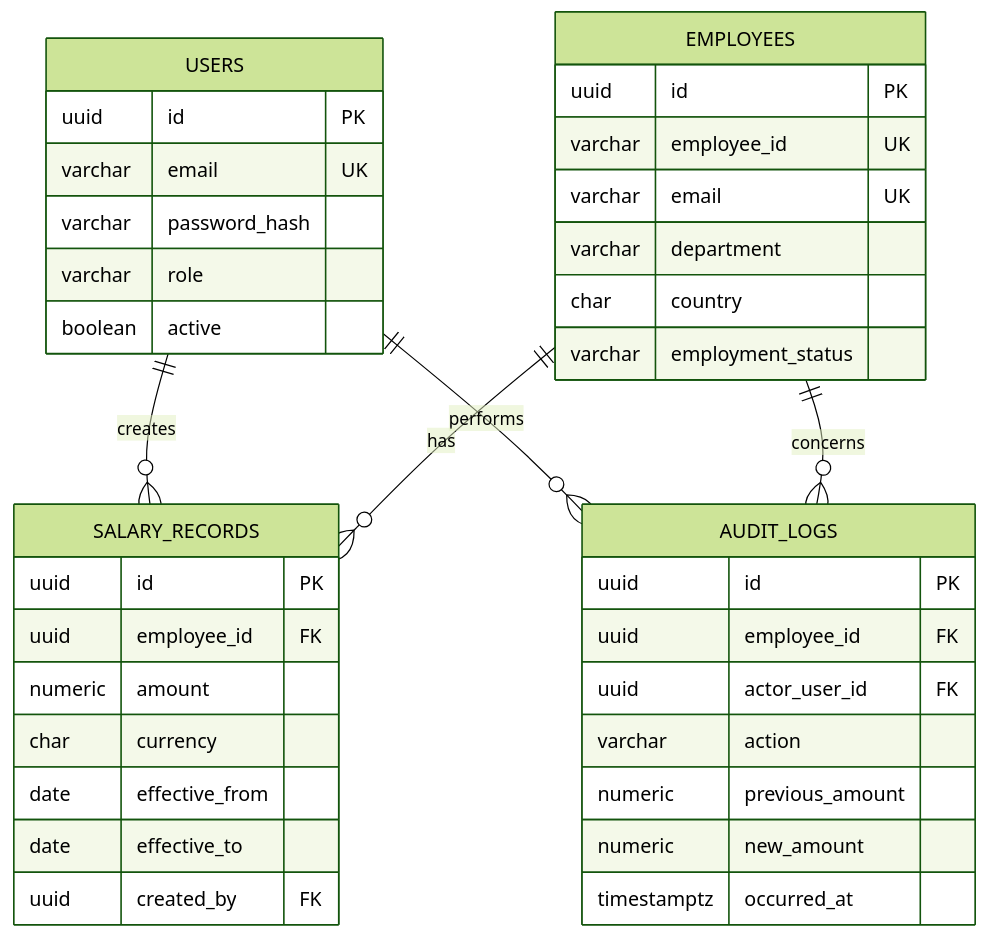
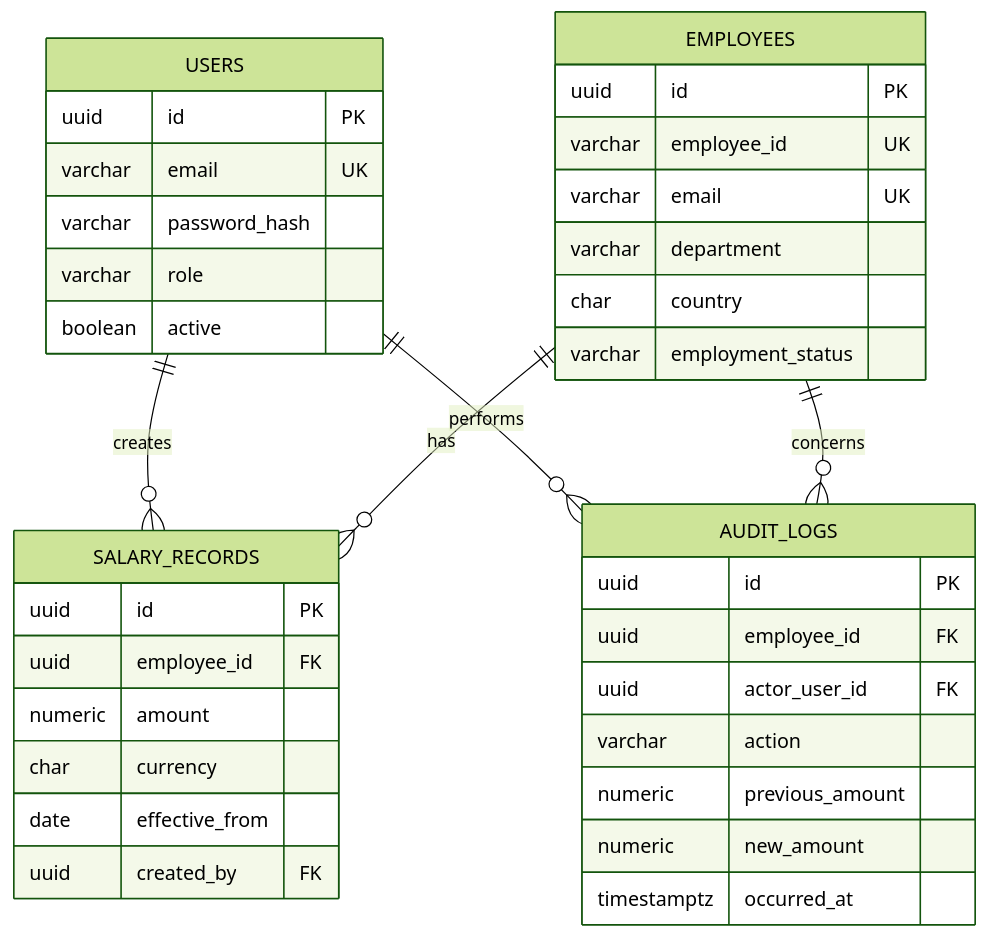
The second of 3 diagrams in docs/architecture.md (batulchikhly/ESM), drawn with Mermaid (forest theme) before and after one commit. The commit also changed other lines of this file and 18 other files, not shown here.

Commit message:
add database schema and domain model

````diff
--- a/docs/architecture.md
+++ b/docs/architecture.md
@@ -188,41 +187,40 @@
 ```mermaid
 erDiagram
     USERS ||--o{ SALARY_RECORDS : creates
     USERS ||--o{ AUDIT_LOGS : performs
     EMPLOYEES ||--o{ SALARY_RECORDS : has
     EMPLOYEES ||--o{ AUDIT_LOGS : concerns
 
     USERS {
         uuid id PK
         varchar email UK
         varchar password_hash
         varchar role
         boolean active
     }
     EMPLOYEES {
         uuid id PK
         varchar employee_id UK
         varchar email UK
         varchar department
         char country
         varchar employment_status
     }
     SALARY_RECORDS {
         uuid id PK
         uuid employee_id FK
         numeric amount
         char currency
         date effective_from
-        date effective_to
         uuid created_by FK
     }
     AUDIT_LOGS {
         uuid id PK
         uuid employee_id FK
         uuid actor_user_id FK
         varchar action
         numeric previous_amount
         numeric new_amount
         timestamptz occurred_at
     }
 ```
````
